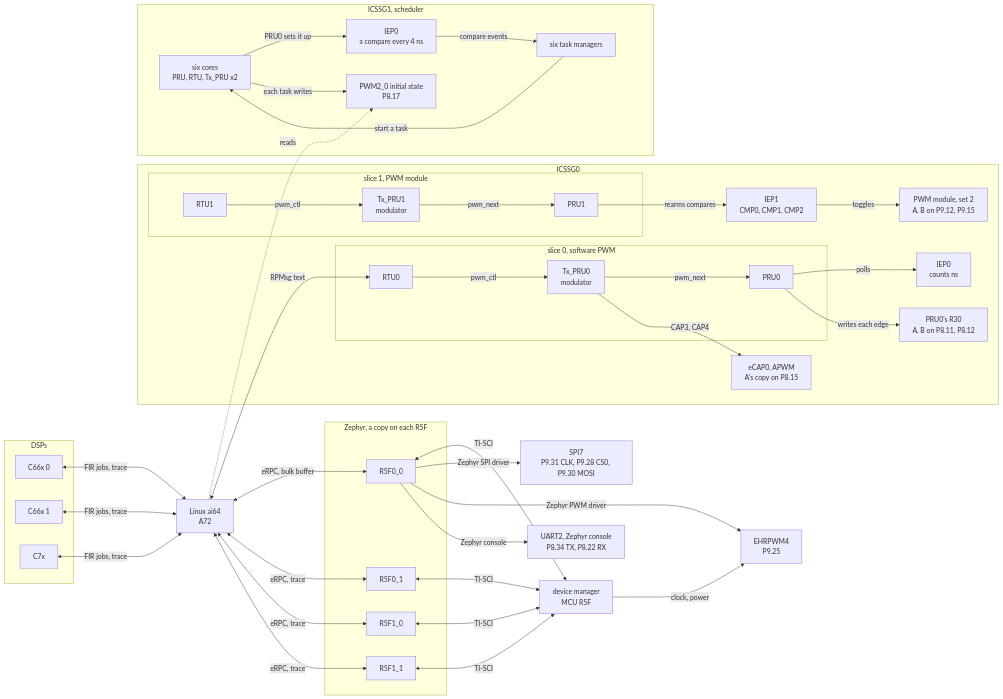
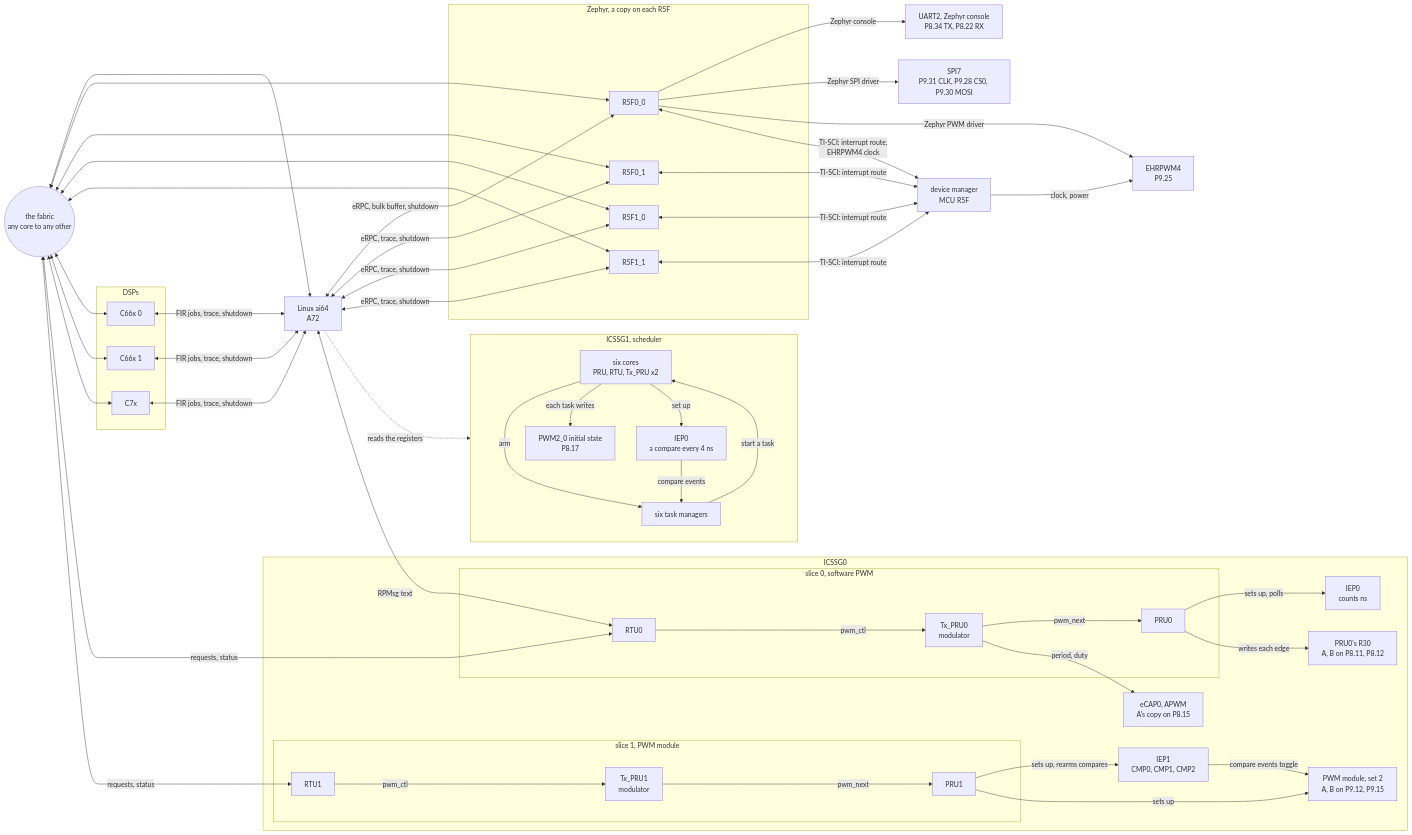
The first of 2 diagrams in README.md (kevinacahalan/BeagleBoneAI64-linux-zephyr-pru-c7x-c66x-demo), drawn with Mermaid before and after one commit. The commit also changed other lines of this file and 7 other files, not shown here.

Commit message:
README: correct the core diagram with the fabric in it, captured signals, the test bench photo

````diff
--- a/README.md
+++ b/README.md
@@ -14,5 +14,6 @@
 ```mermaid
 flowchart LR
+  fab(("the fabric<br/>any core to any other"))
   subgraph dsps["DSPs"]
     c660["C66x 0"]
     c661["C66x 1"]
@@ -25,10 +26,10 @@
     r510["R5F1_0"]
     r511["R5F1_1"]
   end
-  dm["device manager<br/>MCU R5F"]
+  uart2["UART2, Zephyr console<br/>P8.34 TX, P8.22 RX"]
   spi7["SPI7<br/>P9.31 CLK, P9.28 CS0, P9.30 MOSI"]
   ep["EHRPWM4<br/>P9.25"]
-  uart2["UART2, Zephyr console<br/>P8.34 TX, P8.22 RX"]
+  dm["device manager<br/>MCU R5F"]
   subgraph g0["ICSSG0"]
     subgraph s00["slice 0, software PWM"]
       rtu0["RTU0"]
@@ -52,34 +53,46 @@
     g1tm["six task managers"]
     g1pwm["PWM2_0 initial state<br/>P8.17"]
   end
-  c660 <-->|"FIR jobs, trace"| ai64
-  c661 <-->|"FIR jobs, trace"| ai64
-  c7x <-->|"FIR jobs, trace"| ai64
-  ai64 <-->|"eRPC, bulk buffer"| r500
-  ai64 <-->|"eRPC, trace"| r501
-  ai64 <-->|"eRPC, trace"| r510
-  ai64 <-->|"eRPC, trace"| r511
-  r500 <-->|"TI-SCI"| dm
-  r501 <-->|"TI-SCI"| dm
-  r510 <-->|"TI-SCI"| dm
-  r511 <-->|"TI-SCI"| dm
-  dm -->|"clock, power"| ep
+  c660 <-->|"FIR jobs, trace, shutdown"| ai64
+  c661 <-->|"FIR jobs, trace, shutdown"| ai64
+  c7x <-->|"FIR jobs, trace, shutdown"| ai64
+  ai64 <-->|"eRPC, bulk buffer, shutdown"| r500
+  ai64 <-->|"eRPC, trace, shutdown"| r501
+  ai64 <-->|"eRPC, trace, shutdown"| r510
+  ai64 <-->|"eRPC, trace, shutdown"| r511
+  r500 -->|"Zephyr console"| uart2
   r500 -->|"Zephyr SPI driver"| spi7
   r500 -->|"Zephyr PWM driver"| ep
-  r500 -->|"Zephyr console"| uart2
-  ai64 <-->|"RPMsg text"| rtu0
+  r500 <-->|"TI-SCI: interrupt route,<br/>EHRPWM4 clock"| dm
+  r501 <-->|"TI-SCI: interrupt route"| dm
+  r510 <-->|"TI-SCI: interrupt route"| dm
+  r511 <-->|"TI-SCI: interrupt route"| dm
+  dm -->|"clock, power"| ep
   rtu0 -->|"pwm_ctl"| tx0
   tx0 -->|"pwm_next"| pru0
-  pru0 -->|"polls"| iep0
+  pru0 -->|"sets up, polls"| iep0
   pru0 -->|"writes each edge"| r30
-  tx0 -->|"CAP3, CAP4"| ecap
+  tx0 -->|"period, duty"| ecap
   rtu1 -->|"pwm_ctl"| tx1
   tx1 -->|"pwm_next"| pru1
-  pru1 -->|"rearms compares"| iep1
-  iep1 -->|"toggles"| pwm2
-  mcs -->|"PRU0 sets it up"| g1iep
+  pru1 -->|"sets up, rearms compares"| iep1
+  pru1 -->|"sets up"| pwm2
+  iep1 -->|"compare events toggle"| pwm2
+  mcs -->|"set up"| g1iep
+  mcs -->|"arm"| g1tm
   g1iep -->|"compare events"| g1tm
   g1tm -->|"start a task"| mcs
   mcs -->|"each task writes"| g1pwm
-  ai64 -.->|"reads"| g1pwm
+  ai64 -.->|"reads the registers"| g1
+  ai64 <-->|"RPMsg text"| rtu0
+  fab <--> ai64
+  fab <--> r500
+  fab <--> r501
+  fab <--> r510
+  fab <--> r511
+  fab <--> c660
+  fab <--> c661
+  fab <--> c7x
+  fab <-->|"requests, status"| rtu0
+  fab <-->|"requests, status"| rtu1
 ```
````
